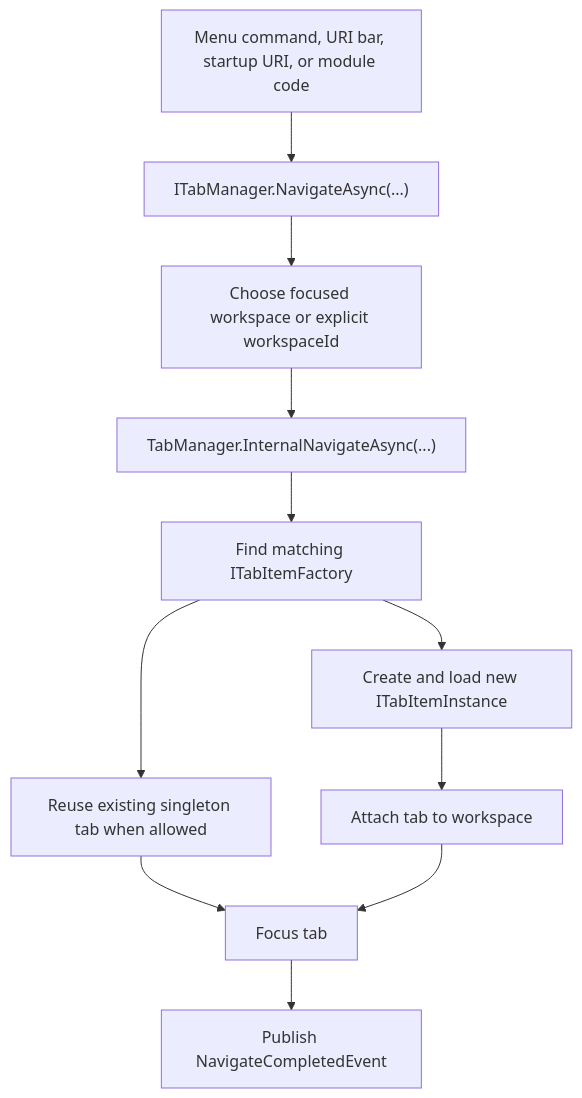
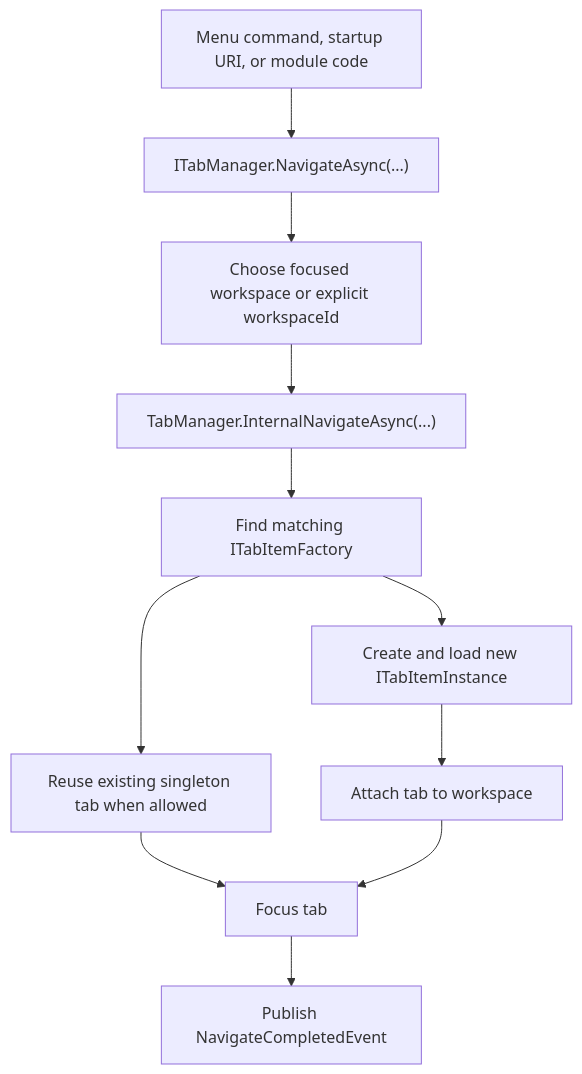
One commit to ZiYuCai1984/ZYC.Framework changed the diagram in docs/navigation-workspace.ja.md. Above: the diagram before and after it, drawn with Mermaid. The commit also changed other lines of this file and 69 other files, not shown here.

````diff
--- a/docs/navigation-workspace.ja.md
+++ b/docs/navigation-workspace.ja.md
@@ -27,13 +27,13 @@
 ```mermaid
 graph TD
-    A["Menu command, URI bar, startup URI, or module code"] --> B["ITabManager.NavigateAsync(...)"]
+    A["Menu command, startup URI, or module code"] --> B["ITabManager.NavigateAsync(...)"]
     B --> C["Choose focused workspace or explicit workspaceId"]
     C --> D["TabManager.InternalNavigateAsync(...)"]
     D --> E["Find matching ITabItemFactory"]
     E --> F["Reuse existing singleton tab when allowed"]
     E --> G["Create and load new ITabItemInstance"]
     G --> H["Attach tab to workspace"]
     F --> I["Focus tab"]
     H --> I
     I --> J["Publish NavigateCompletedEvent"]
 ```
````
